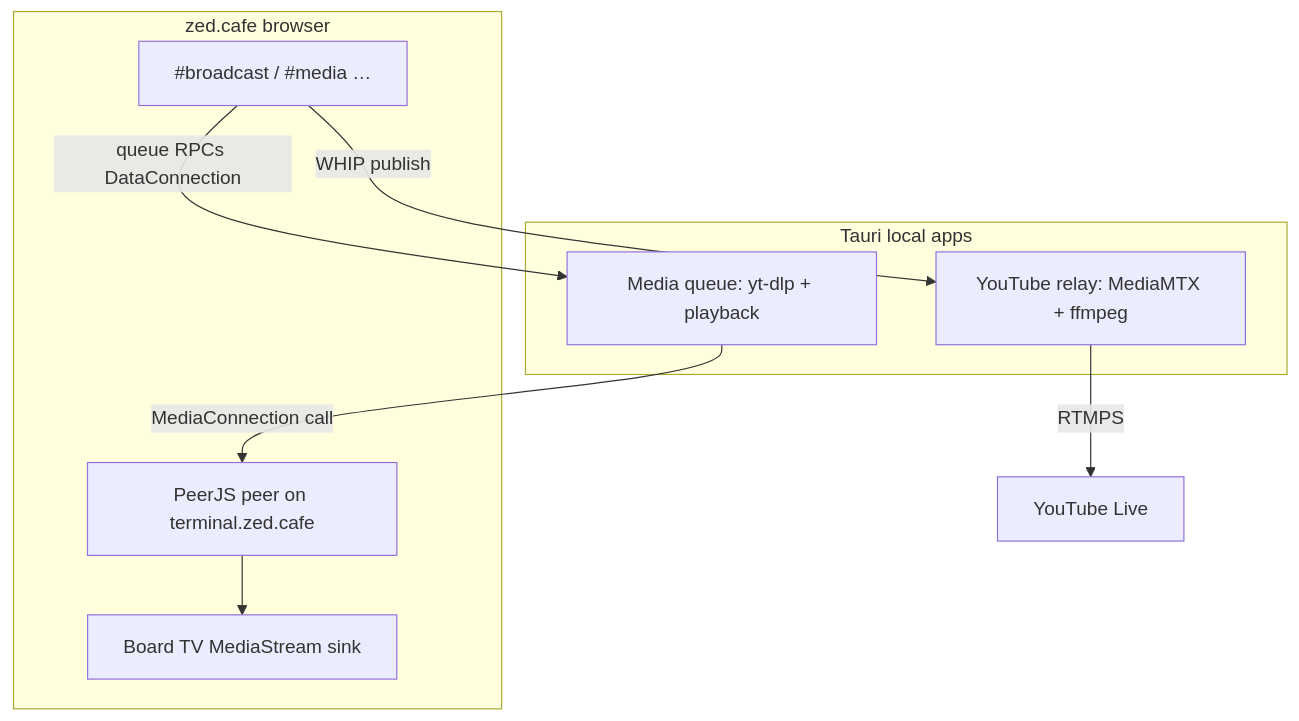
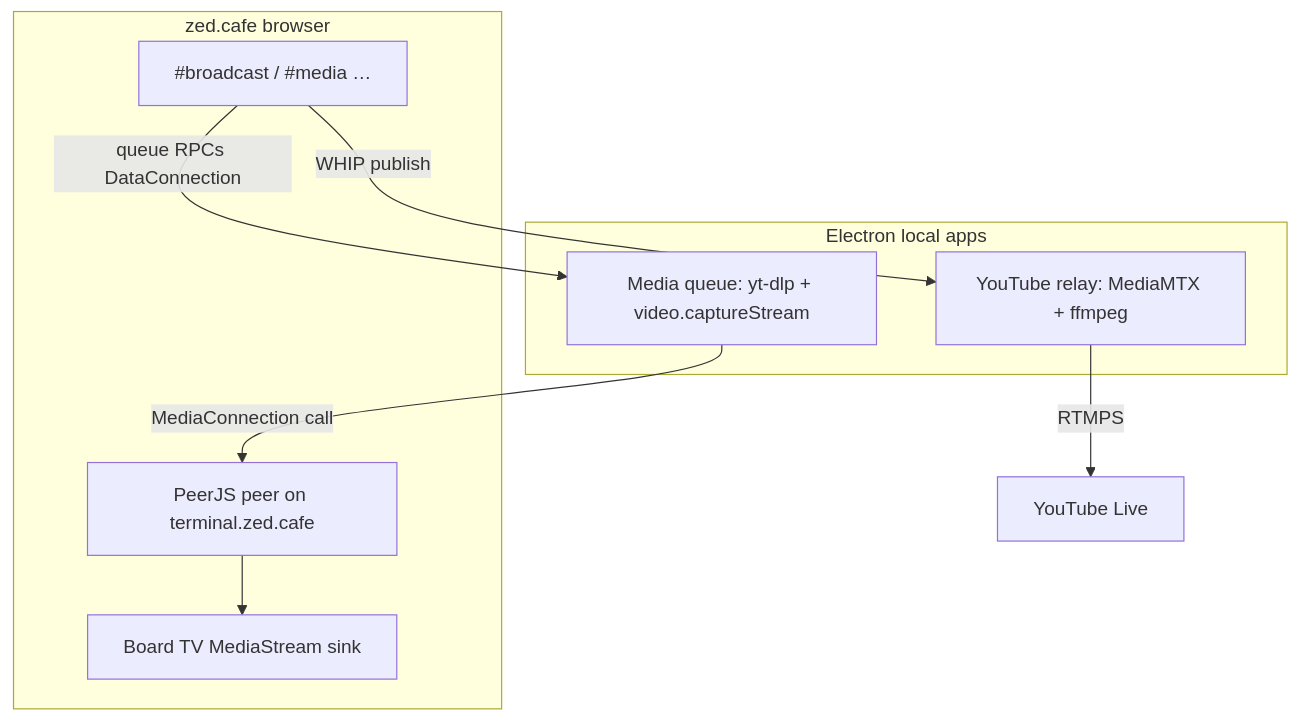
Before and after one commit to goldbuick/zed-software-system: the diagram in ops/docs/local-media-helpers-tauri.mdx, drawn with Mermaid. The commit also changed other lines of this file and 104 other files, not shown here.

````diff
--- a/ops/docs/local-media-helpers-tauri.mdx
+++ b/ops/docs/local-media-helpers-tauri.mdx
@@ -18,19 +18,19 @@
 ```mermaid
 flowchart TB
   subgraph cafe [zed.cafe browser]
     CLI["#broadcast / #media …"]
     Peer["PeerJS peer on terminal.zed.cafe"]
     TV["Board TV MediaStream sink"]
   end
 
-  subgraph helpers [Tauri local apps]
+  subgraph helpers [Electron local apps]
     YT["YouTube relay: MediaMTX + ffmpeg"]
-    MQ["Media queue: yt-dlp + playback"]
+    MQ["Media queue: yt-dlp + video.captureStream"]
   end
 
   CLI -->|WHIP publish| YT
   YT -->|RTMPS| YouTube[YouTube Live]
   CLI -->|queue RPCs DataConnection| MQ
   MQ -->|MediaConnection call| Peer
   Peer --> TV
 ```
````
